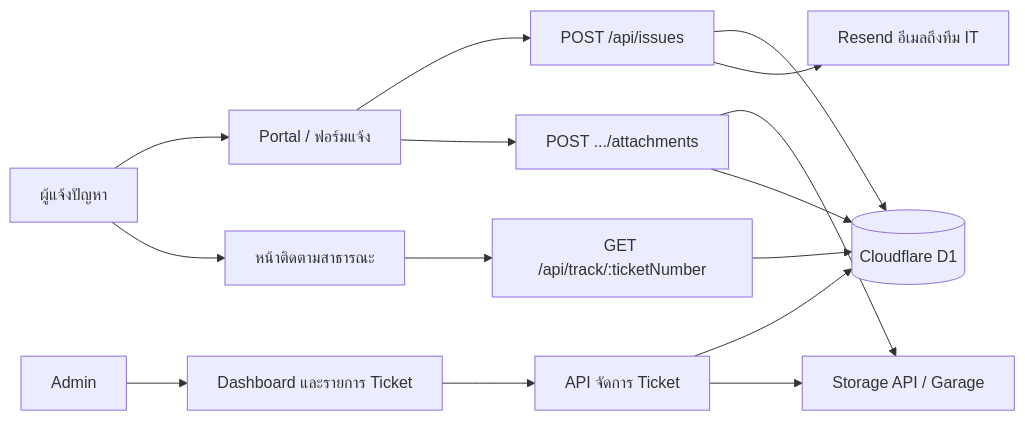
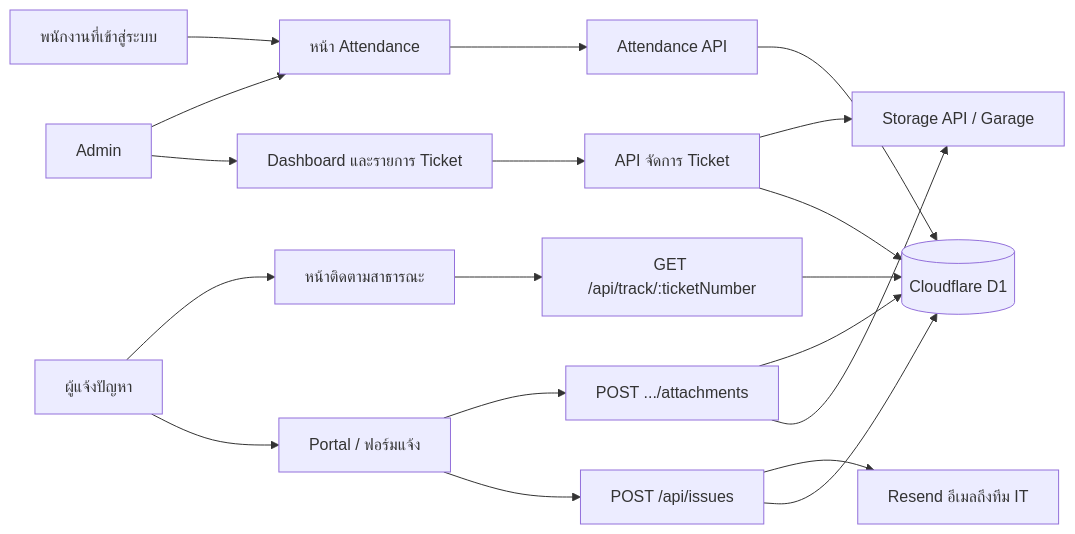
One commit to ghuninew1/issuedesk changed the diagram in README.md. Above: the diagram before and after it, drawn with Mermaid. The commit also changed other lines of this file and 14 other files, not shown here.

````diff
--- a/README.md
+++ b/README.md
@@ -45,17 +54,21 @@
 ```mermaid
 flowchart LR
     reporter[ผู้แจ้งปัญหา] --> portal[Portal / ฟอร์มแจ้ง]
     portal --> createApi["POST /api/issues"]
     createApi --> d1[(Cloudflare D1)]
     createApi --> email[Resend อีเมลถึงทีม IT]
     portal --> attachApi["POST .../attachments"]
     attachApi --> storage[Storage API / Garage]
     attachApi --> d1
     reporter --> track[หน้าติดตามสาธารณะ]
     track --> trackApi["GET /api/track/:ticketNumber"]
     trackApi --> d1
     admin[Admin] --> dashboard[Dashboard และรายการ Ticket]
     dashboard --> adminApi[API จัดการ Ticket]
     adminApi --> d1
     adminApi --> storage
+    employee[พนักงานที่เข้าสู่ระบบ] --> attendance[หน้า Attendance]
+    attendance --> attendanceApi[Attendance API]
+    attendanceApi --> d1
+    admin --> attendance
 ```
````
